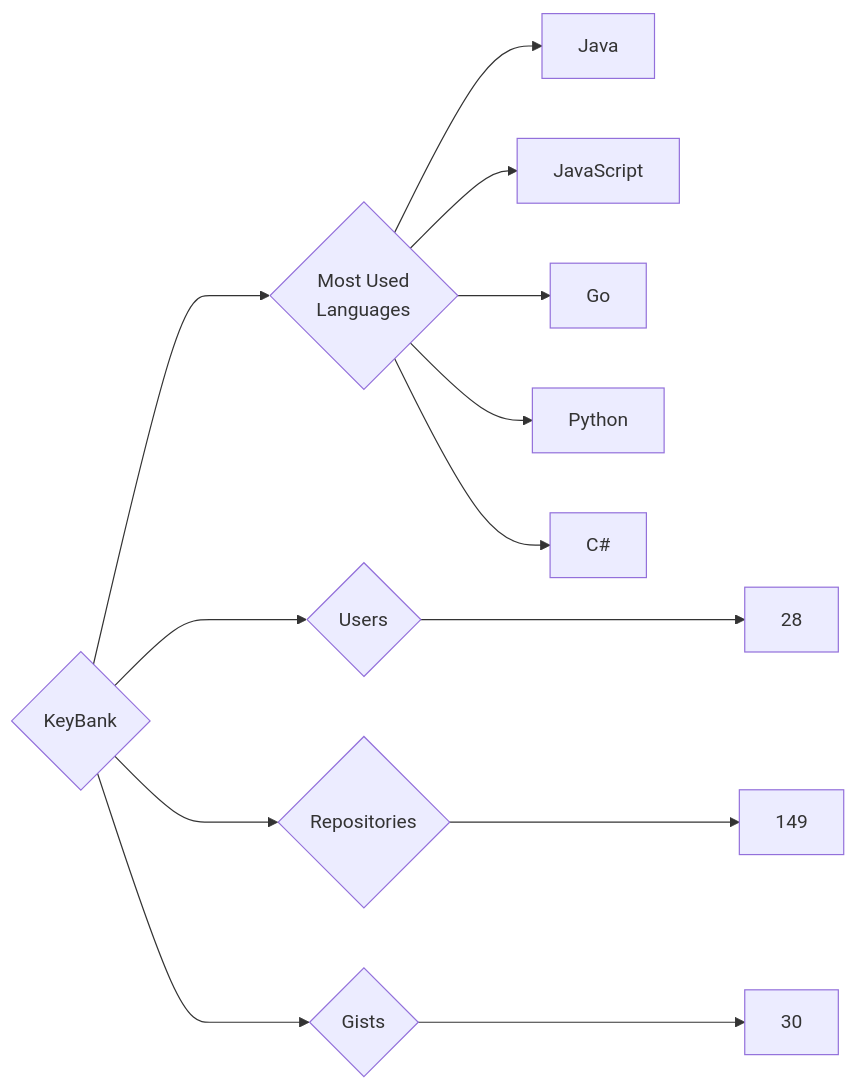
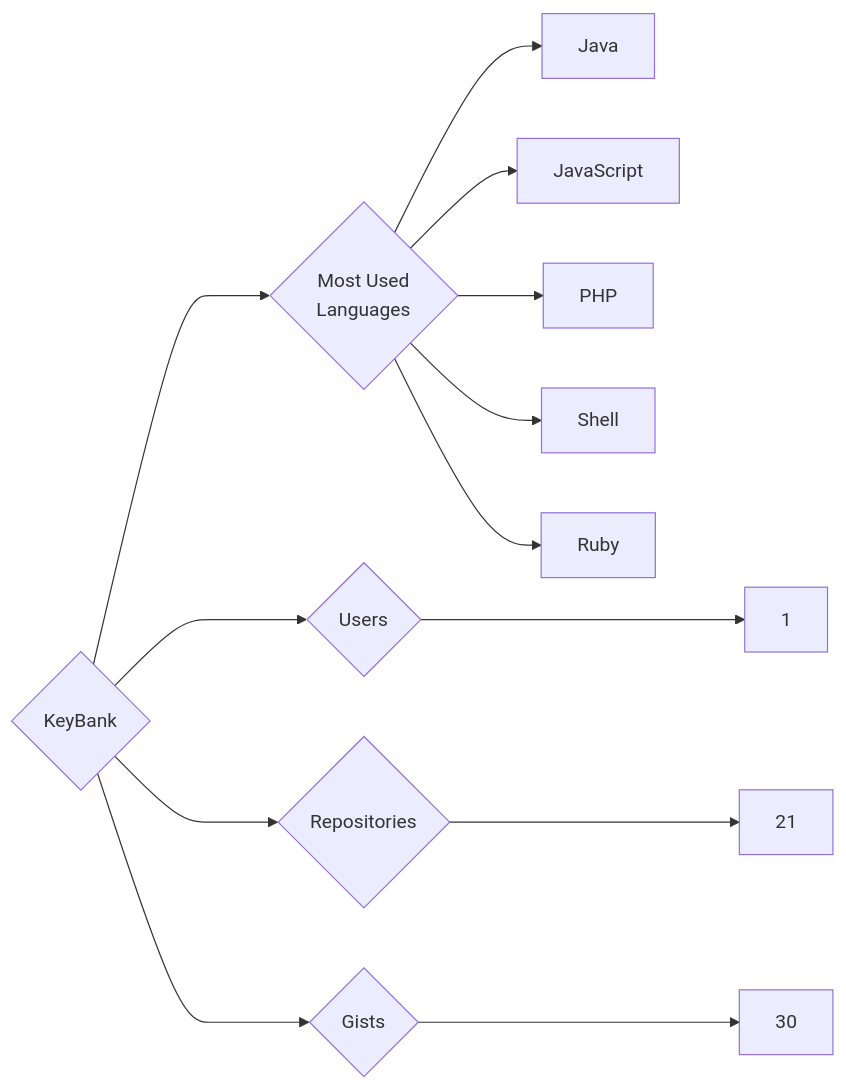
The diagram in targets/KeyBank/README.md (trickest/insiders), drawn with Mermaid before and after one commit. The commit also changed 569 other files, not shown here.

````diff
--- a/targets/KeyBank/README.md
+++ b/targets/KeyBank/README.md
@@ -3,13 +3,13 @@
 ```mermaid
 graph LR
 COMPANY_NAME{KeyBank}
-COMPANY_NAME ---> U{Users} ---> UN[28]
-COMPANY_NAME ---> R{Repositories} ---> RN[149]
+COMPANY_NAME ---> U{Users} ---> UN[1]
+COMPANY_NAME ---> R{Repositories} ---> RN[21]
 COMPANY_NAME ---> G{Gists} ---> GN[30]
 COMPANY_NAME ---> ML{Most Used<br>Languages}
 ML --> Java[Java]
 ML --> JavaScript[JavaScript]
-ML --> Go[Go]
-ML --> Python[Python]
-ML --> C#[C#]
+ML --> PHP[PHP]
+ML --> Shell[Shell]
+ML --> Ruby[Ruby]
 ```
````
